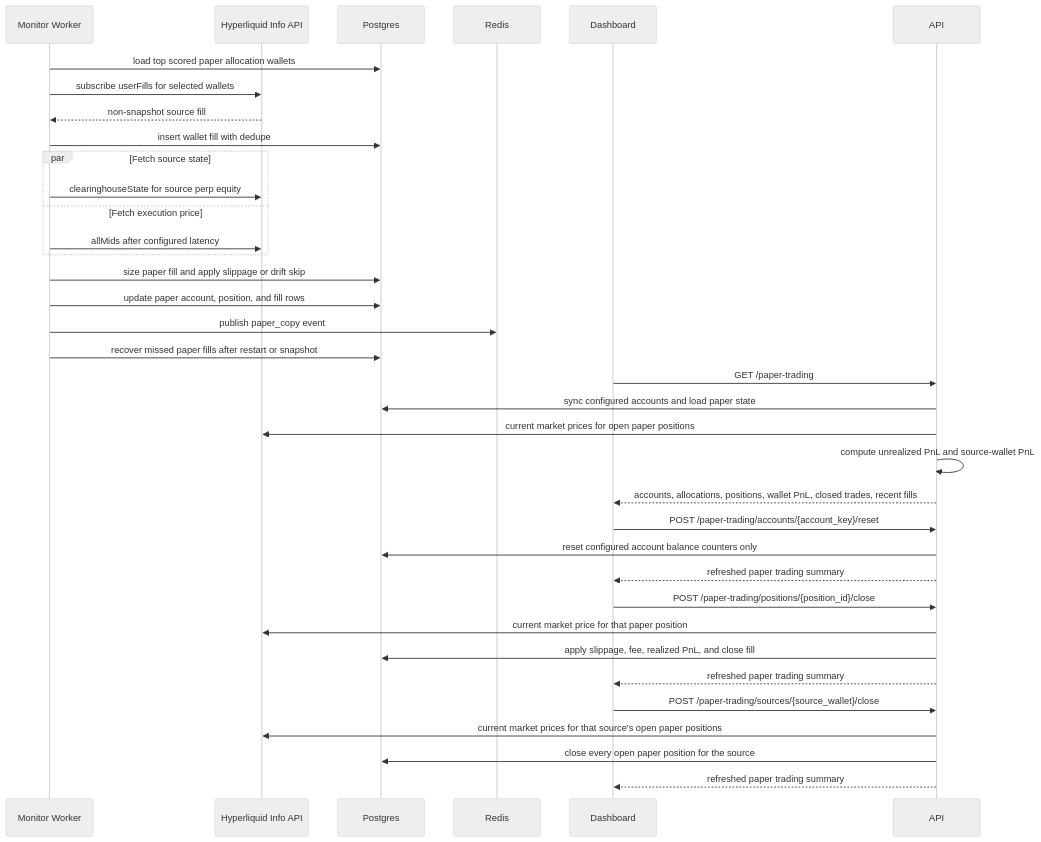
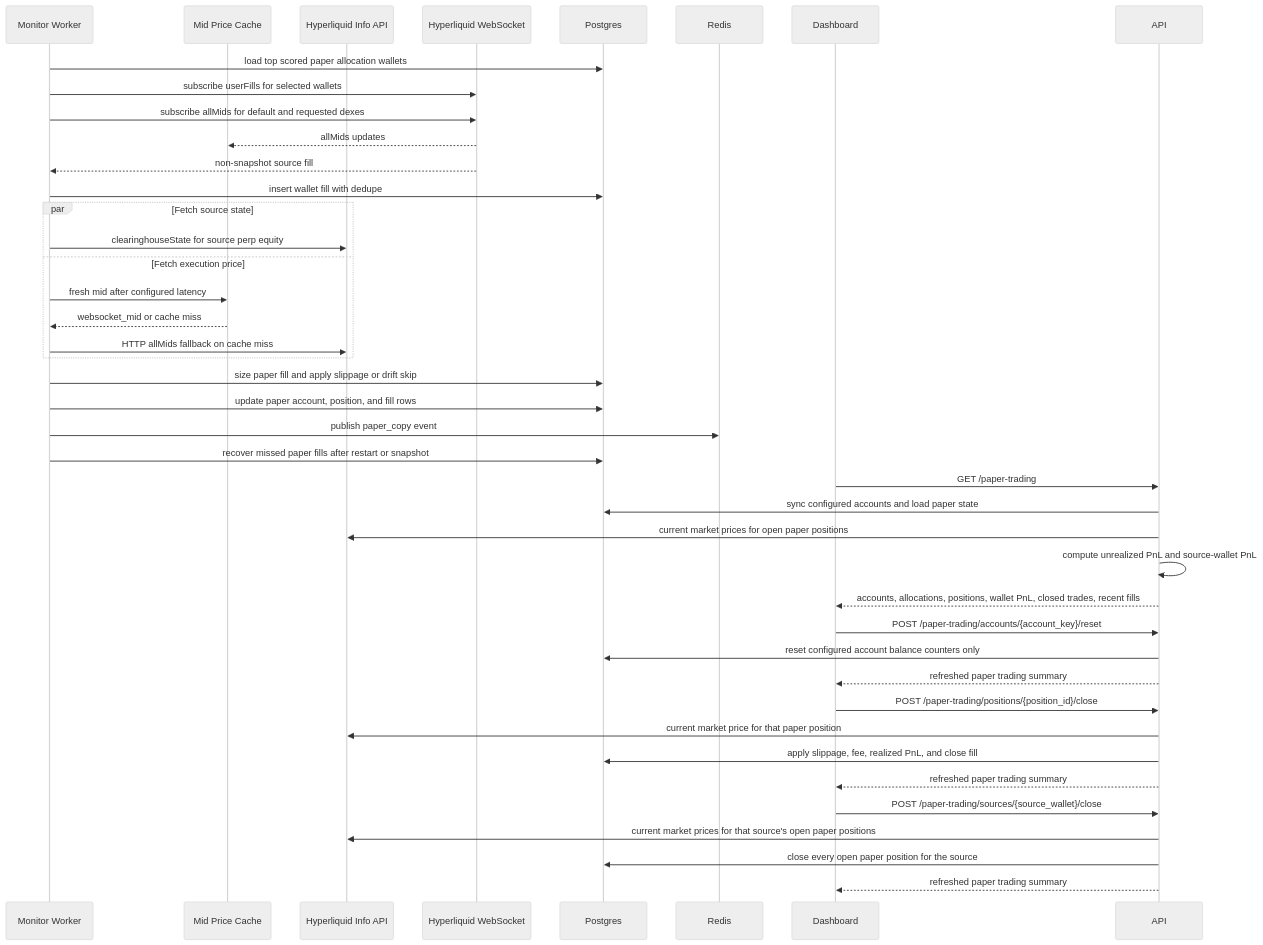
The tenth of 10 diagrams in docs/architecture.md (DrottPoker/copytrading-agent), drawn with Mermaid (neutral theme) before and after one commit. The commit also changed other lines of this file and 13 other files, not shown here.

````diff
--- a/docs/architecture.md
+++ b/docs/architecture.md
@@ -541,38 +543,44 @@
 ```mermaid
 sequenceDiagram
   participant Worker as Monitor Worker
+  participant PriceCache as Mid Price Cache
   participant HL as Hyperliquid Info API
+  participant WS as Hyperliquid WebSocket
   participant DB as Postgres
   participant Redis as Redis
   participant UI as Dashboard
 
   Worker->>DB: load top scored paper allocation wallets
-  Worker->>HL: subscribe userFills for selected wallets
-  HL-->>Worker: non-snapshot source fill
+  Worker->>WS: subscribe userFills for selected wallets
+  Worker->>WS: subscribe allMids for default and requested dexes
+  WS-->>PriceCache: allMids updates
+  WS-->>Worker: non-snapshot source fill
   Worker->>DB: insert wallet fill with dedupe
   par Fetch source state
     Worker->>HL: clearinghouseState for source perp equity
   and Fetch execution price
-    Worker->>HL: allMids after configured latency
+    Worker->>PriceCache: fresh mid after configured latency
+    PriceCache-->>Worker: websocket_mid or cache miss
+    Worker->>HL: HTTP allMids fallback on cache miss
   end
   Worker->>DB: size paper fill and apply slippage or drift skip
   Worker->>DB: update paper account, position, and fill rows
   Worker->>Redis: publish paper_copy event
   Worker->>DB: recover missed paper fills after restart or snapshot
   UI->>API: GET /paper-trading
   API->>DB: sync configured accounts and load paper state
   API->>HL: current market prices for open paper positions
   API->>API: compute unrealized PnL and source-wallet PnL
   API-->>UI: accounts, allocations, positions, wallet PnL, closed trades, recent fills
   UI->>API: POST /paper-trading/accounts/{account_key}/reset
   API->>DB: reset configured account balance counters only
   API-->>UI: refreshed paper trading summary
   UI->>API: POST /paper-trading/positions/{position_id}/close
   API->>HL: current market price for that paper position
   API->>DB: apply slippage, fee, realized PnL, and close fill
   API-->>UI: refreshed paper trading summary
   UI->>API: POST /paper-trading/sources/{source_wallet}/close
   API->>HL: current market prices for that source's open paper positions
   API->>DB: close every open paper position for the source
   API-->>UI: refreshed paper trading summary
 ```
````
